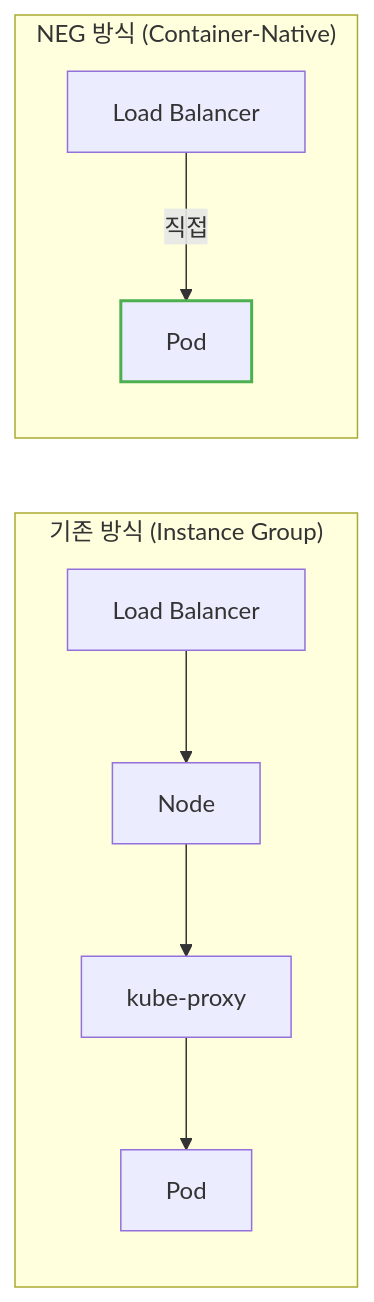
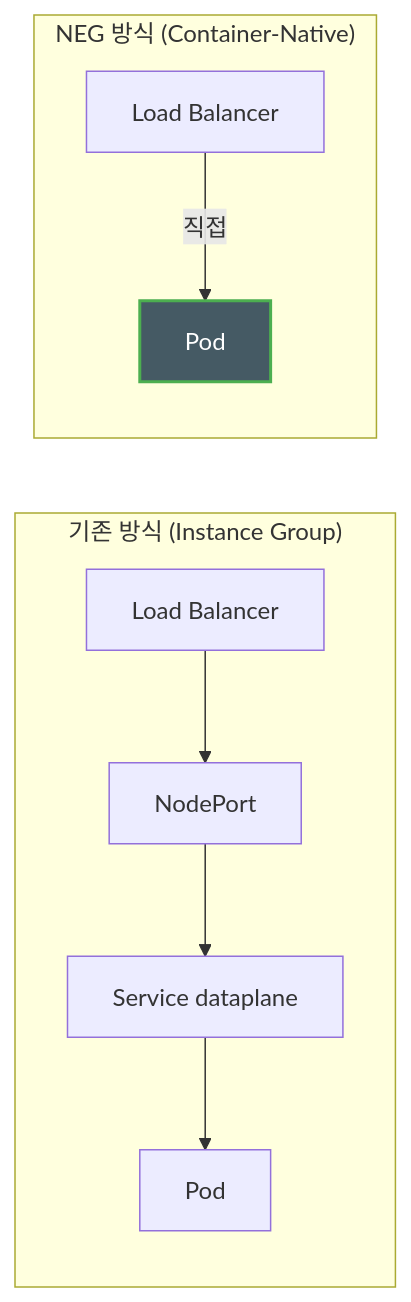
Before and after one commit to sskim91/TIL: the second of 2 diagrams in kubernetes/Kubernetes-Ingress.md, drawn with Mermaid. The commit also changed other lines of this file and 39 other files, not shown here.

````diff
--- a/kubernetes/Kubernetes-Ingress.md
+++ b/kubernetes/Kubernetes-Ingress.md
@@ -785,14 +448,14 @@
 ```mermaid
 flowchart LR
     subgraph "기존 방식 (Instance Group)"
-        LB1[Load Balancer] --> Node1[Node]
-        Node1 --> kube-proxy1[kube-proxy]
+        LB1[Load Balancer] --> Node1[NodePort]
+        Node1 --> kube-proxy1[Service dataplane]
         kube-proxy1 --> Pod1[Pod]
     end
 
     subgraph "NEG 방식 (Container-Native)"
         LB2[Load Balancer] -->|"직접"| Pod2[Pod]
     end
 
-    style Pod2 stroke:#4CAF50,stroke-width:2px
+    style Pod2 stroke:#4CAF50,stroke-width:2px,fill:#455A64,color:#fff
 ```
````
